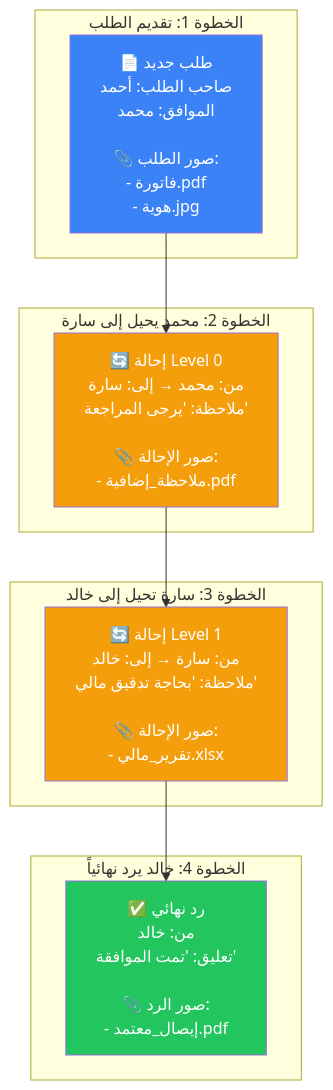
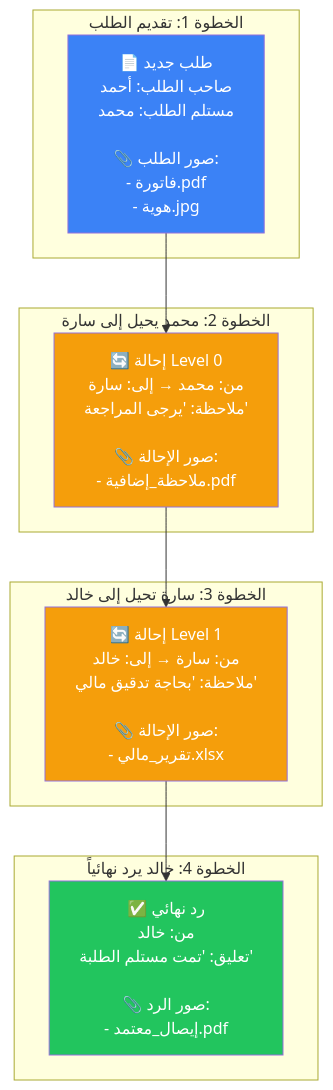
Before and after one commit to MohammedRamiAlzend/ModernPaySystem: the seventh of 7 diagrams in request-lifecycle-guide.md, drawn with Mermaid. The commit also changed other lines of this file, not shown here.

Commit message:
docs: update request lifecycle documentation to reflect recent architectural changes

````diff
--- a/request-lifecycle-guide.md
+++ b/request-lifecycle-guide.md
@@ -387,27 +387,27 @@
 ```mermaid
 graph TB
     subgraph "الخطوة 1: تقديم الطلب"
-        REQ["📄 طلب جديد<br/>صاحب الطلب: أحمد<br/>الموافق: محمد<br/><br/>📎 صور الطلب:<br/>- فاتورة.pdf<br/>- هوية.jpg"]
+        REQ["📄 طلب جديد<br/>صاحب الطلب: أحمد<br/>مستلم الطلب: محمد<br/><br/>📎 صور الطلب:<br/>- فاتورة.pdf<br/>- هوية.jpg"]
     end
     
     subgraph "الخطوة 2: محمد يحيل إلى سارة"
         TX1["🔄 إحالة Level 0<br/>من: محمد → إلى: سارة<br/>ملاحظة: 'يرجى المراجعة'<br/><br/>📎 صور الإحالة:<br/>- ملاحظة_إضافية.pdf"]
     end
     
     subgraph "الخطوة 3: سارة تحيل إلى خالد"
         TX2["🔄 إحالة Level 1<br/>من: سارة → إلى: خالد<br/>ملاحظة: 'بحاجة تدقيق مالي'<br/><br/>📎 صور الإحالة:<br/>- تقرير_مالي.xlsx"]
     end
     
     subgraph "الخطوة 4: خالد يرد نهائياً"
-        RESP["✅ رد نهائي<br/>من: خالد<br/>تعليق: 'تمت الموافقة'<br/><br/>📎 صور الرد:<br/>- إيصال_معتمد.pdf"]
+        RESP["✅ رد نهائي<br/>من: خالد<br/>تعليق: 'تمت مستلم الطلبة'<br/><br/>📎 صور الرد:<br/>- إيصال_معتمد.pdf"]
     end
     
     REQ --> TX1
     TX1 --> TX2
     TX2 --> RESP
     
     style REQ fill:#3b82f6,color:#fff
     style TX1 fill:#f59e0b,color:#fff
     style TX2 fill:#f59e0b,color:#fff
     style RESP fill:#22c55e,color:#fff
 ```
````
